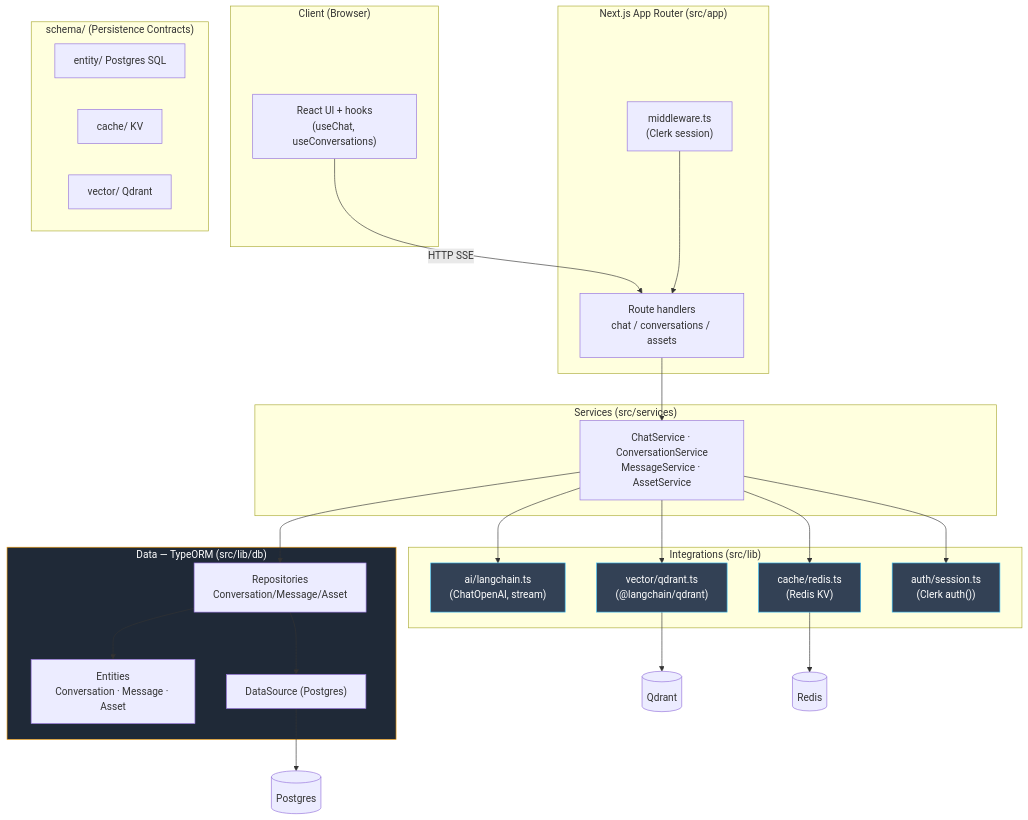
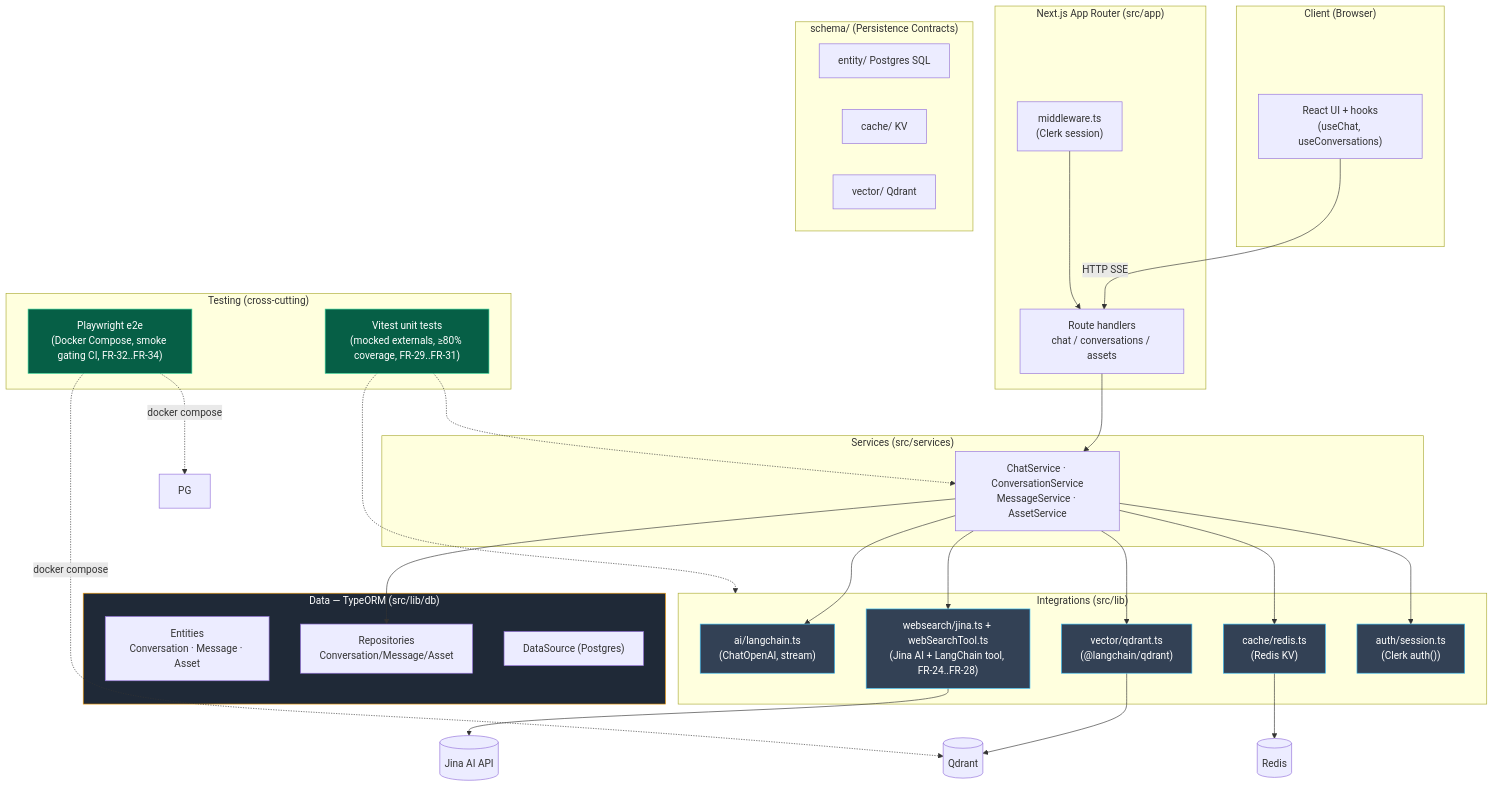
Before and after one commit to Glitch-guy0/chaiGPT: the diagram in _bmad-output/planning-artifacts/05-architecture.md, drawn with Mermaid. The commit also changed 8 other files, not shown here.

````diff
--- a/_bmad-output/planning-artifacts/05-architecture.md
+++ b/_bmad-output/planning-artifacts/05-architecture.md
@@ -5,53 +5,64 @@
 ```mermaid
 flowchart TB
     subgraph client["Client (Browser)"]
         ui["React UI + hooks<br/>(useChat, useConversations)"]
     end
 
     subgraph routes["Next.js App Router (src/app)"]
         ctrl["Route handlers<br/>chat / conversations / assets"]
         mw["middleware.ts<br/>(Clerk session)"]
     end
 
     subgraph services["Services (src/services)"]
         svc["ChatService · ConversationService<br/>MessageService · AssetService"]
     end
 
     subgraph data["Data — TypeORM (src/lib/db)"]
         ent["Entities<br/>Conversation · Message · Asset"]
         repo["Repositories<br/>Conversation/Message/Asset"]
         ds["DataSource (Postgres)"]
     end
 
     subgraph integ["Integrations (src/lib)"]
         ai["ai/langchain.ts<br/>(ChatOpenAI, stream)"]
         vec["vector/qdrant.ts<br/>(@langchain/qdrant)"]
+        ws["websearch/jina.ts + webSearchTool.ts<br/>(Jina AI + LangChain tool, FR-24..FR-28)"]
         cache["cache/redis.ts<br/>(Redis KV)"]
         auth["auth/session.ts<br/>(Clerk auth())"]
+    end
+
+    subgraph test["Testing (cross-cutting)"]
+        vitest["Vitest unit tests<br/>(mocked externals, ≥80% coverage, FR-29..FR-31)"]
+        playwright["Playwright e2e<br/>(Docker Compose, smoke gating CI, FR-32..FR-34)"]
     end
 
     subgraph persist["schema/ (Persistence Contracts)"]
         se["entity/ Postgres SQL"]
         sc["cache/ KV"]
         sv["vector/ Qdrant"]
     end
 
     ui -->|HTTP SSE| ctrl
     mw --> ctrl
     ctrl --> svc
     svc --> repo
     svc --> ai
     svc --> vec
+    svc --> ws
     svc --> cache
     svc --> auth
-    repo --> ent
-    repo --> ds
-    ds --> PG[("Postgres")]
     vec --> Q[("Qdrant")]
+    ws --> JINA[("Jina AI API")]
     cache --> RED[("Redis")]
+    vitest -.-> svc
+    vitest -.-> integ
+    playwright -.->|"docker compose"| PG
+    playwright -.->|"docker compose"| Q
 
     classDef core fill:#1f2937,stroke:#f59e0b,color:#fff
     classDef integ fill:#334155,stroke:#38bdf8,color:#fff
+    classDef test fill:#065f46,stroke:#34d399,color:#fff
     class data core
-    class ai,vec,cache,auth integ
+    class ai,vec,ws,cache,auth integ
+    class vitest,playwright test
 ```
````
